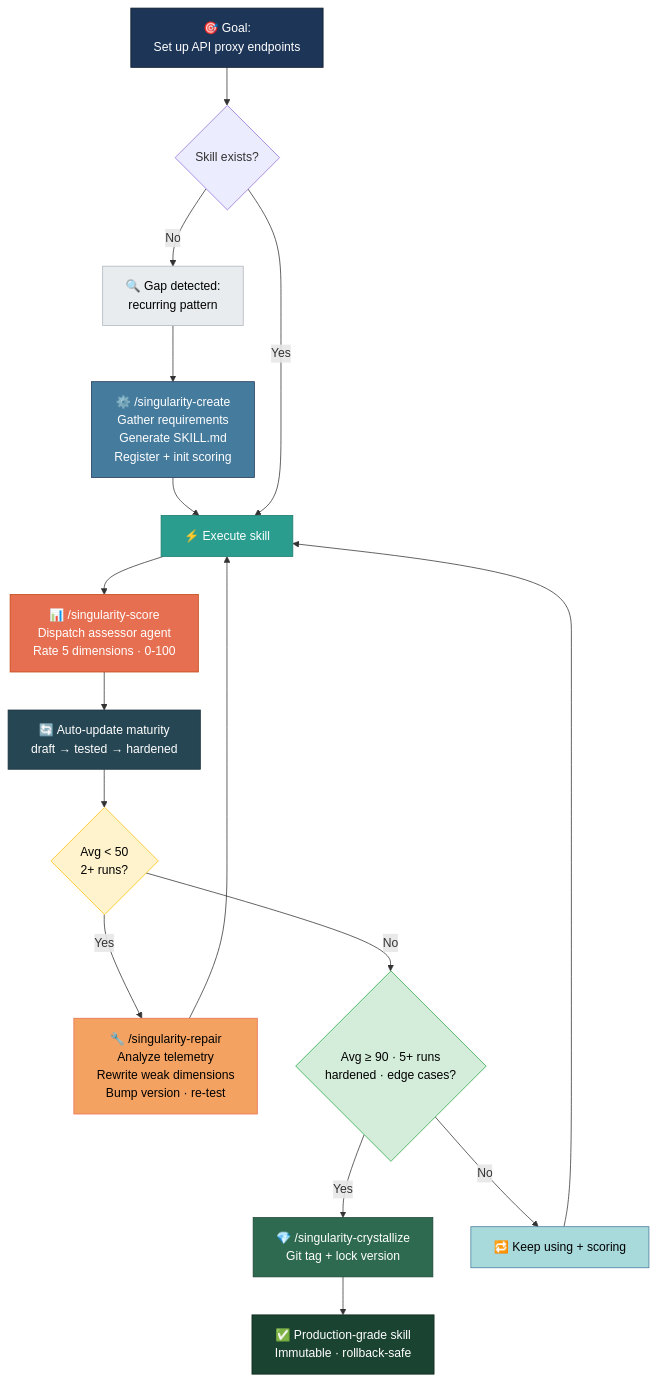
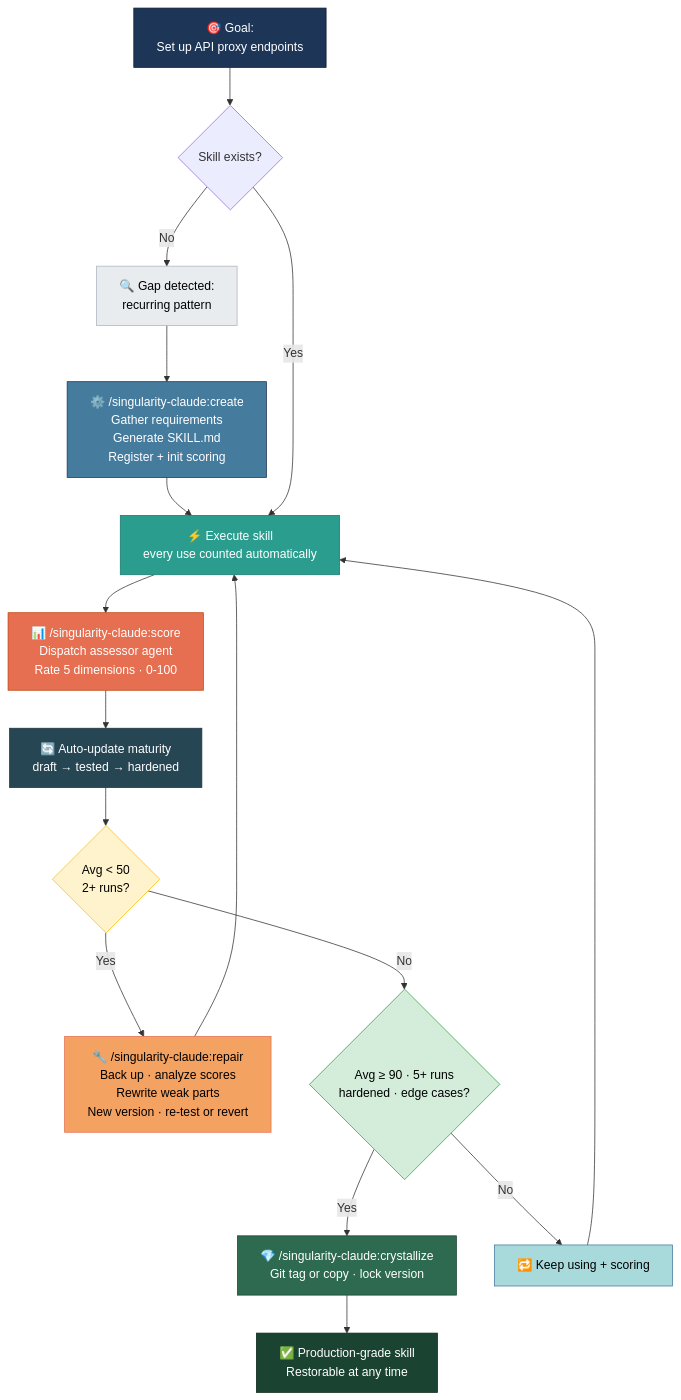
One commit to Shmayro/singularity-claude changed the first of 2 diagrams in README.md. Above: the diagram before and after it, drawn with Mermaid. The commit also changed other lines of this file and 26 other files, not shown here.

````diff
--- a/README.md
+++ b/README.md
@@ -28,38 +28,38 @@
 ```mermaid
 %%{init: {"flowchart": {"wrappingWidth": 400}}}%%
 graph TD
     Goal["🎯 Goal:<br/>Set up API proxy endpoints"]
     Goal --> HasSkill{Skill exists?}
 
     HasSkill -->|No| Gap["🔍 Gap detected:<br/>recurring pattern"]
-    Gap --> Create["⚙️ /singularity-create<br/>Gather requirements<br/>Generate SKILL.md<br/>Register + init scoring"]
+    Gap --> Create["⚙️ /singularity-claude:create<br/>Gather requirements<br/>Generate SKILL.md<br/>Register + init scoring"]
     Create --> Execute
 
-    HasSkill -->|Yes| Execute["⚡ Execute skill"]
-    Execute --> Score["📊 /singularity-score<br/>Dispatch assessor agent<br/>Rate 5 dimensions · 0-100"]
+    HasSkill -->|Yes| Execute["⚡ Execute skill<br/>every use counted automatically"]
+    Execute --> Score["📊 /singularity-claude:score<br/>Dispatch assessor agent<br/>Rate 5 dimensions · 0-100"]
     Score --> Maturity["🔄 Auto-update maturity<br/>draft → tested → hardened"]
 
     Maturity --> Low{Avg < 50<br/>2+ runs?}
-    Low -->|Yes| Repair["🔧 /singularity-repair<br/>Analyze telemetry<br/>Rewrite weak dimensions<br/>Bump version · re-test"]
+    Low -->|Yes| Repair["🔧 /singularity-claude:repair<br/>Back up · analyze scores<br/>Rewrite weak parts<br/>New version · re-test or revert"]
     Repair --> Execute
 
     Low -->|No| High{Avg ≥ 90 · 5+ runs<br/>hardened · edge cases?}
-    High -->|Yes| Crystal["💎 /singularity-crystallize<br/>Git tag + lock version"]
-    Crystal --> Done["✅ Production-grade skill<br/>Immutable · rollback-safe"]
+    High -->|Yes| Crystal["💎 /singularity-claude:crystallize<br/>Git tag or copy · lock version"]
+    Crystal --> Done["✅ Production-grade skill<br/>Restorable at any time"]
 
     High -->|No| Loop["🔁 Keep using + scoring"]
     Loop --> Execute
 
     style Goal fill:#1d3557,color:#fff,stroke:#0d1b2a
     style Gap fill:#e9ecef,color:#000,stroke:#adb5bd
     style Create fill:#457b9d,color:#fff,stroke:#1d3557
     style Execute fill:#2a9d8f,color:#fff,stroke:#1a7a6e
     style Score fill:#e76f51,color:#fff,stroke:#c1440e
     style Maturity fill:#264653,color:#fff,stroke:#1d3540
     style Low fill:#fff3cd,color:#000,stroke:#ffc107
     style High fill:#d4edda,color:#000,stroke:#28a745
     style Repair fill:#f4a261,color:#000,stroke:#e76f51
     style Crystal fill:#2d6a4f,color:#fff,stroke:#1b4332
     style Done fill:#1b4332,color:#fff,stroke:#0d2818
     style Loop fill:#a8dadc,color:#000,stroke:#457b9d
 ```
````
